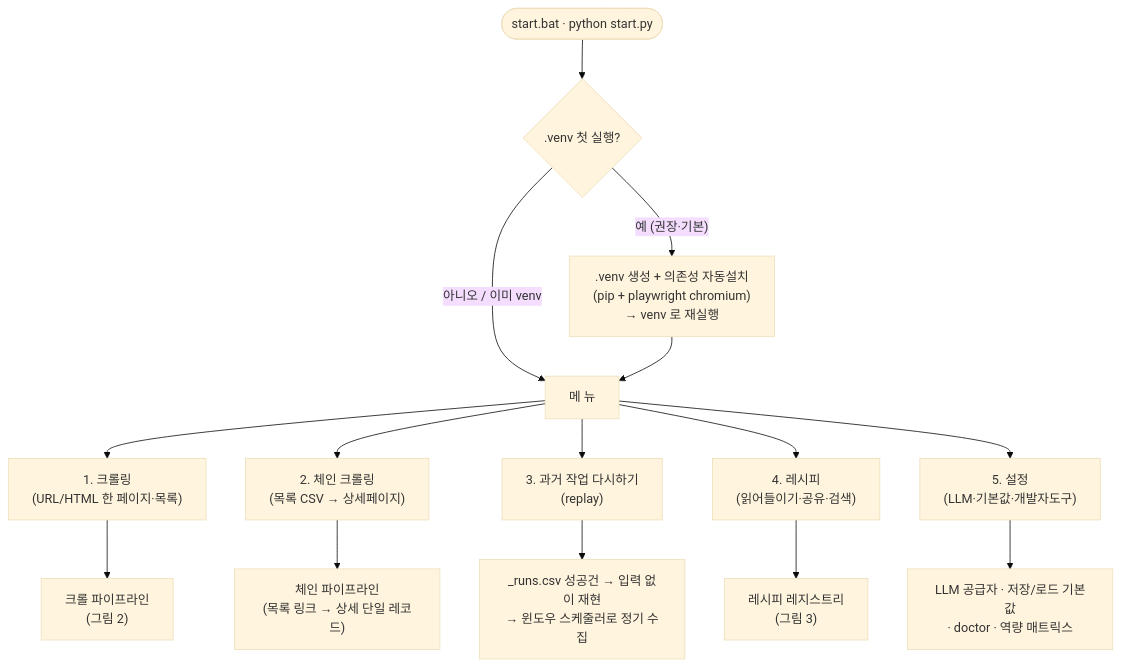
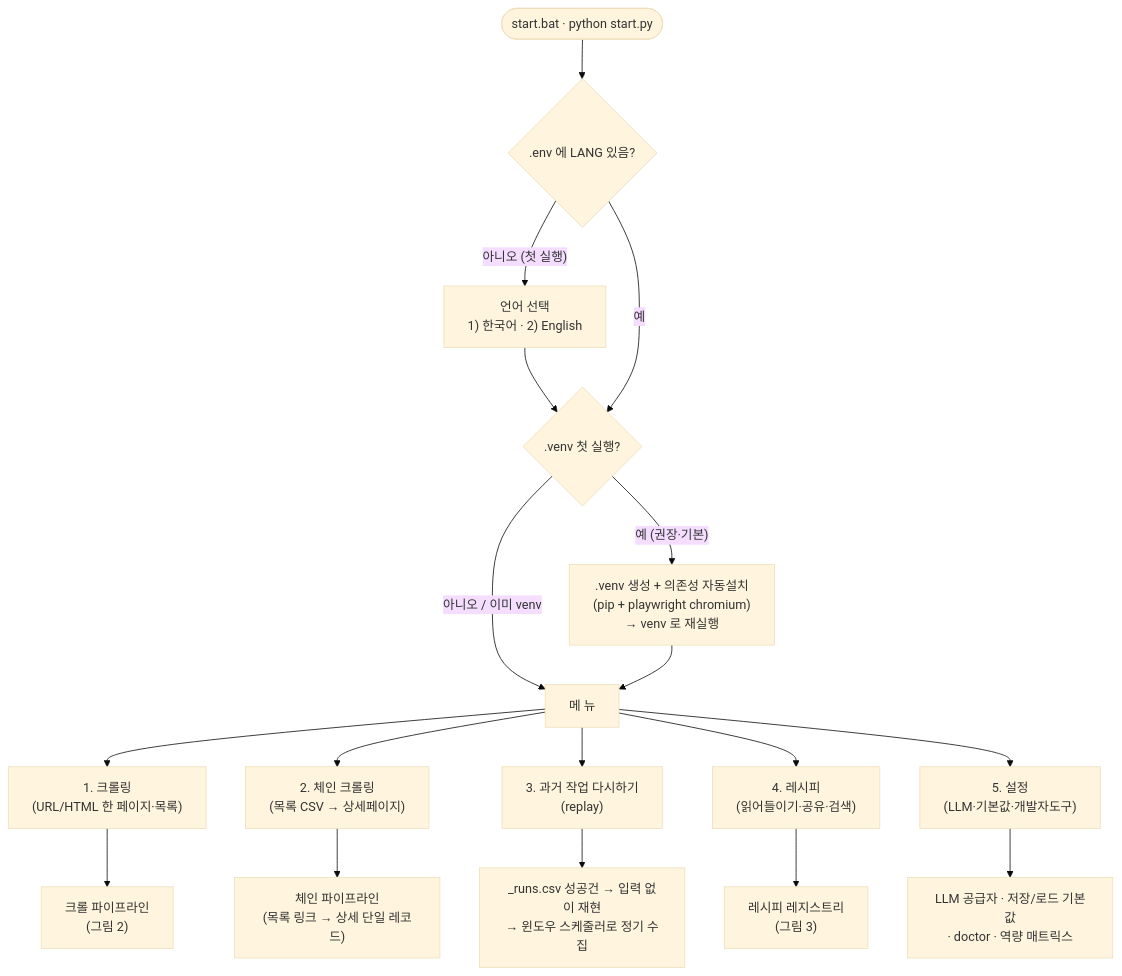
Before and after one commit to Basearchio/Sovereign-Scraper: the first of 4 diagrams in _internal/docs/flowchart.md, drawn with Mermaid (base theme). The commit also changed other lines of this file and 6 other files, not shown here.

````diff
--- a/_internal/docs/flowchart.md
+++ b/_internal/docs/flowchart.md
@@ -8,17 +8,19 @@
 ```mermaid
 flowchart TD
-    Start(["start.bat · python start.py"]) --> Boot{".venv 첫 실행?"}
+    Start(["start.bat · python start.py"]) --> Lang{".env 에 LANG 있음?"}
+    Lang -- "아니오 (첫 실행)" --> AskLang["언어 선택<br/>1) 한국어 · 2) English"] --> Boot
+    Lang -- "예" --> Boot{".venv 첫 실행?"}
     Boot -- "예 (권장·기본)" --> Venv[".venv 생성 + 의존성 자동설치<br/>(pip + playwright chromium)<br/>→ venv 로 재실행"]
     Boot -- "아니오 / 이미 venv" --> Menu["메 뉴"]
     Venv --> Menu
     Menu --> M1["1. 크롤링<br/>(URL/HTML 한 페이지·목록)"]
     Menu --> M2["2. 체인 크롤링<br/>(목록 CSV → 상세페이지)"]
     Menu --> M3["3. 과거 작업 다시하기<br/>(replay)"]
     Menu --> M4["4. 레시피<br/>(읽어들이기·공유·검색)"]
     Menu --> M5["5. 설정<br/>(LLM·기본값·개발자도구)"]
     M1 --> Crawl["크롤 파이프라인<br/>(그림 2)"]
     M2 --> Chain["체인 파이프라인<br/>(목록 링크 → 상세 단일 레코드)"]
     M3 --> Replay["_runs.csv 성공건 → 입력 없이 재현<br/>→ 윈도우 스케줄러로 정기 수집"]
     M4 --> Reg["레시피 레지스트리<br/>(그림 3)"]
     M5 --> Set["LLM 공급자 · 저장/로드 기본값<br/>· doctor · 역량 매트릭스"]
 ```
````
